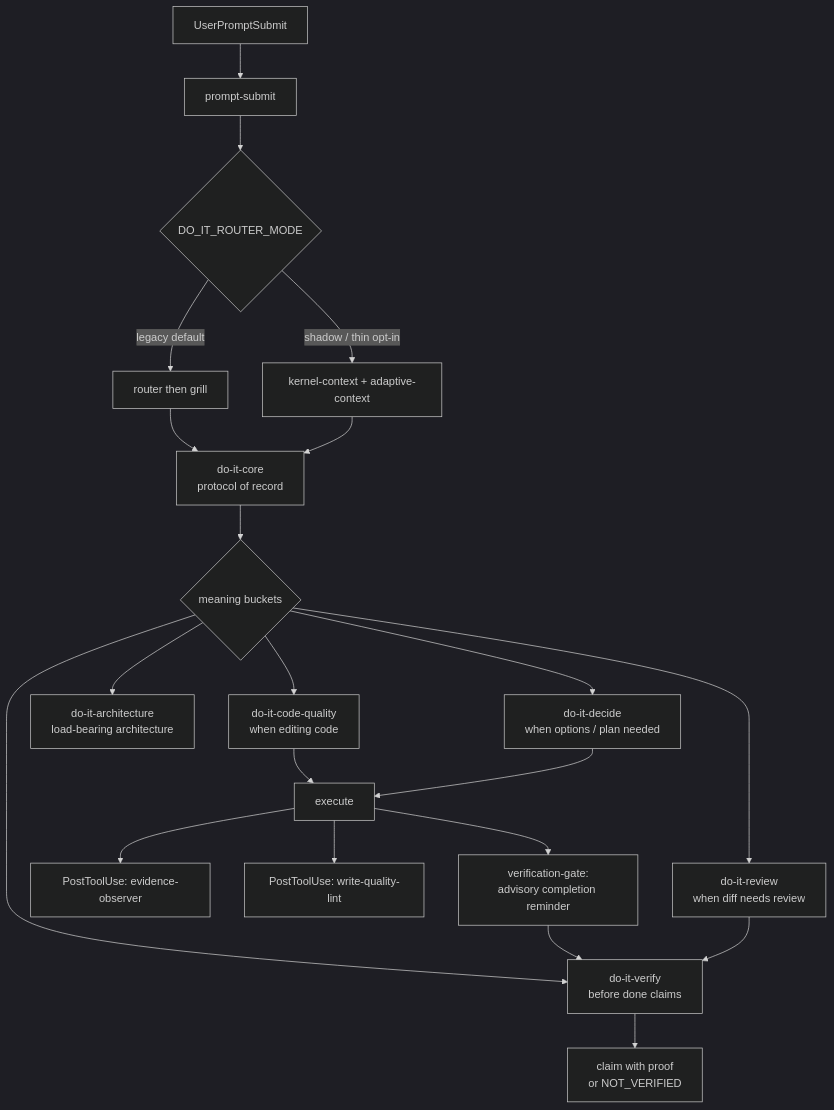
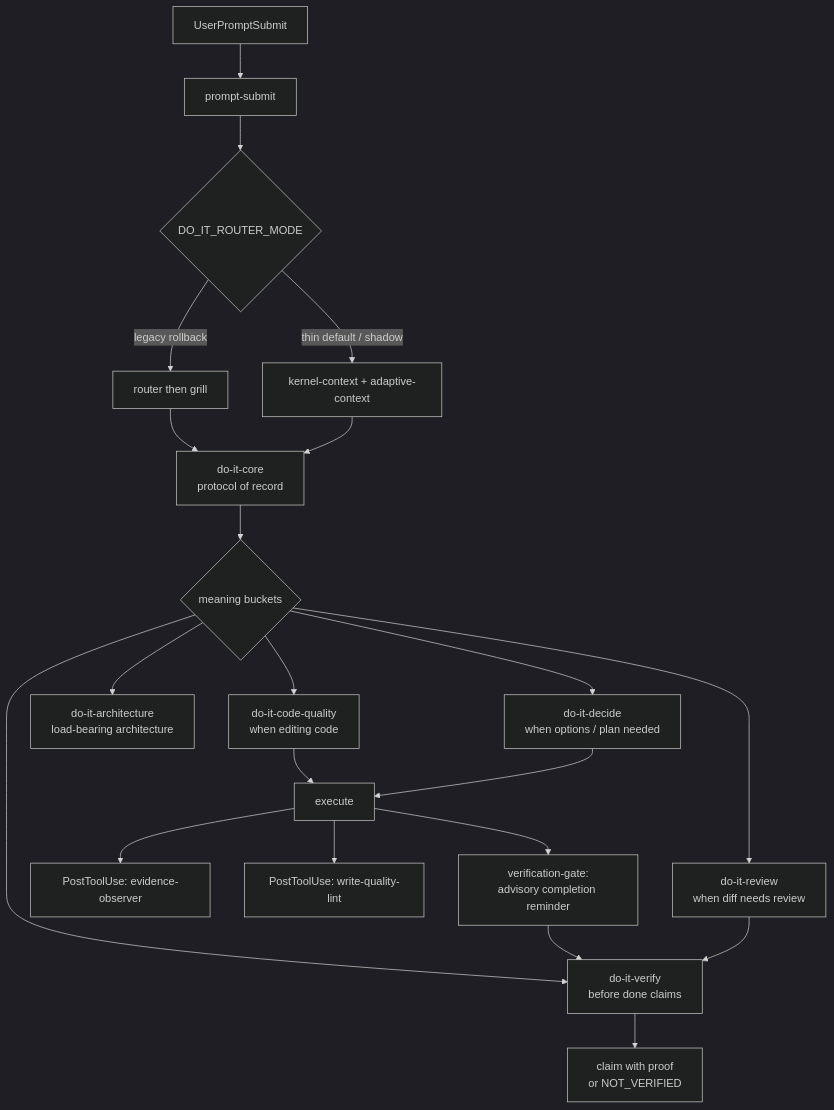
One commit to tdwhere123/do-it changed the diagram in README.md. Above: the diagram before and after it, drawn with Mermaid (dark theme). The commit also changed other lines of this file and 62 other files, not shown here.

First line of the commit message:
feat(runtime): default thin kernel and live-network admission

````diff
--- a/README.md
+++ b/README.md
@@ -163,23 +166,23 @@
 ```mermaid
 flowchart TD
     P[UserPromptSubmit] --> PS[prompt-submit]
     PS --> M{DO_IT_ROUTER_MODE}
-    M -->|legacy default| R[router then grill]
-    M -->|shadow / thin opt-in| K[kernel-context + adaptive-context]
+    M -->|thin default / shadow| K[kernel-context + adaptive-context]
+    M -->|legacy rollback| R[router then grill]
     R --> C[do-it-core<br/>protocol of record]
     K --> C
     C --> B{meaning buckets}
     B --> CQ[do-it-code-quality<br/>when editing code]
     B --> A[do-it-architecture<br/>load-bearing architecture]
     B --> D[do-it-decide<br/>when options / plan needed]
     B --> RV[do-it-review<br/>when diff needs review]
     B --> VY[do-it-verify<br/>before done claims]
     CQ --> E[execute]
     D --> E
     E --> EO[PostToolUse: evidence-observer]
     E --> WQ[PostToolUse: write-quality-lint]
     E --> VG[verification-gate:<br/>advisory completion reminder]
     VG --> VY
     RV --> VY
     VY --> Done[claim with proof<br/>or NOT_VERIFIED]
 ```
````
